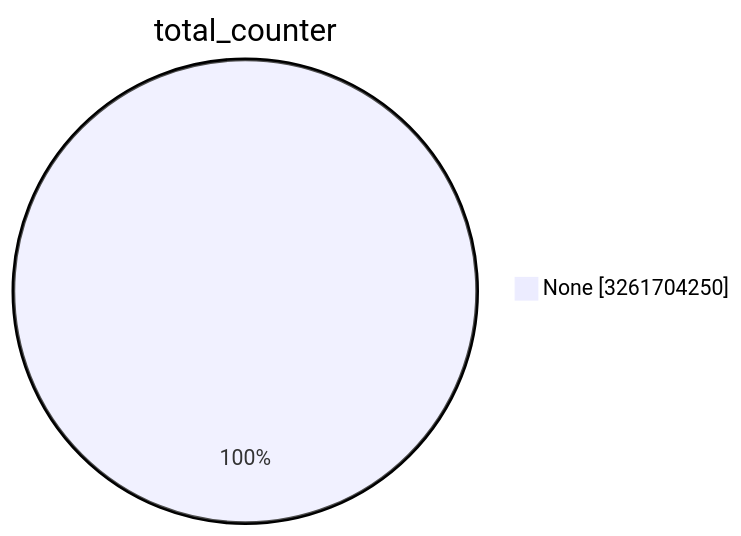
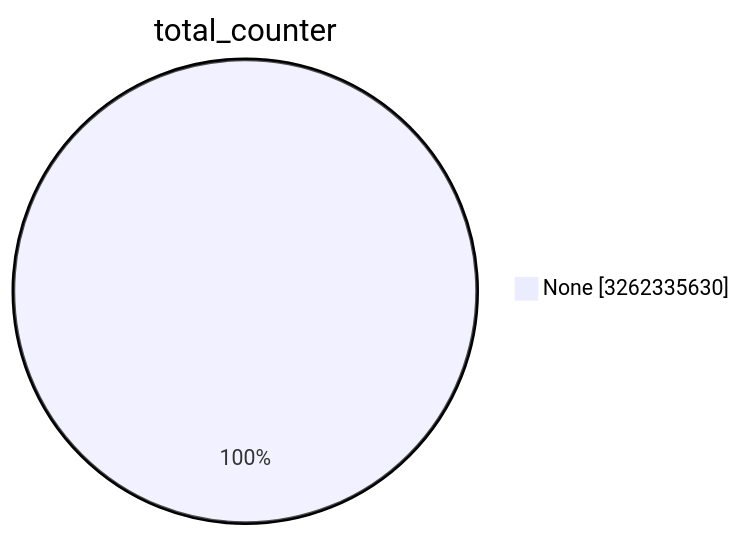
One commit to christiankrug/ctmonitor_visualization changed the first of 15 diagrams in TOTAL/README.md. Above: the diagram before and after it, drawn with Mermaid. The commit also changed other lines of this file, not shown here.

````diff
--- a/TOTAL/README.md
+++ b/TOTAL/README.md
@@ -1,5 +1,5 @@
 ```mermaid
 pie showData
 title total_counter
-"None" :3261704250
+"None" :3262335630
 ```
````
